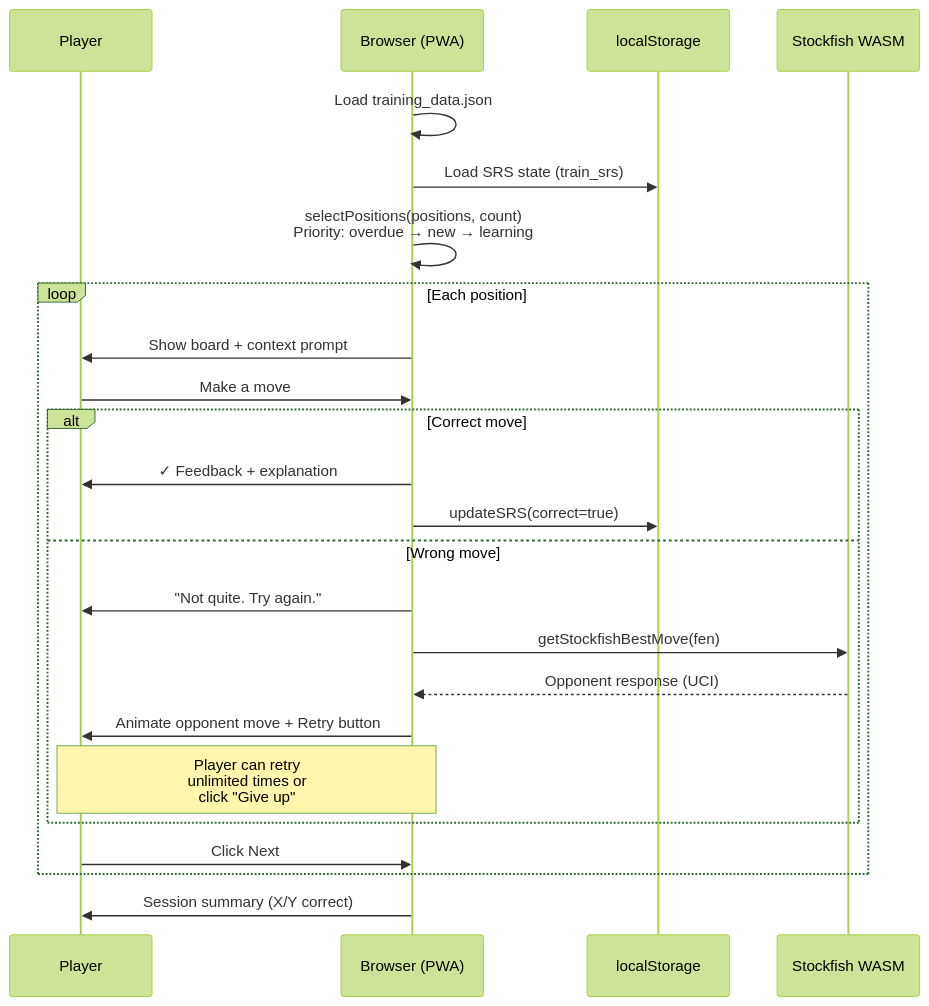
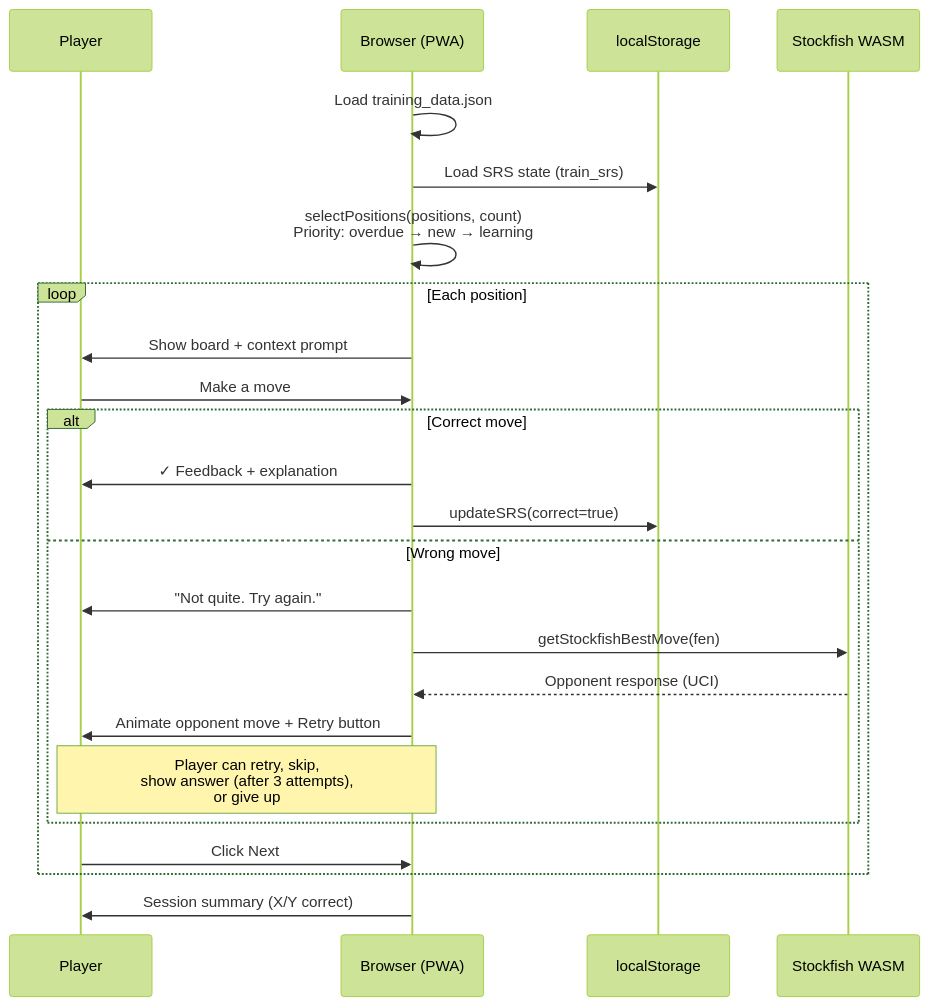
Before and after one commit to Bobain/chess-self-coach: the first of 5 diagrams in docs/flows/user-flows.md, drawn with Mermaid (forest theme). The commit also changed other lines of this file, not shown here.

Commit message:
Update docs: add Skip and Show Answer to training flow

````diff
--- a/docs/flows/user-flows.md
+++ b/docs/flows/user-flows.md
@@ -11,27 +11,27 @@
 ```mermaid
 sequenceDiagram
     participant U as Player
     participant PWA as Browser (PWA)
     participant LS as localStorage
     participant SF as Stockfish WASM
 
     PWA->>PWA: Load training_data.json
     PWA->>LS: Load SRS state (train_srs)
     PWA->>PWA: selectPositions(positions, count)<br/>Priority: overdue → new → learning
     loop Each position
         PWA->>U: Show board + context prompt
         U->>PWA: Make a move
         alt Correct move
             PWA->>U: ✓ Feedback + explanation
             PWA->>LS: updateSRS(correct=true)
         else Wrong move
             PWA->>U: "Not quite. Try again."
             PWA->>SF: getStockfishBestMove(fen)
             SF-->>PWA: Opponent response (UCI)
             PWA->>U: Animate opponent move + Retry button
-            Note over U,PWA: Player can retry<br/>unlimited times or<br/>click "Give up"
+            Note over U,PWA: Player can retry, skip,<br/>show answer (after 3 attempts),<br/>or give up
         end
         U->>PWA: Click Next
     end
     PWA->>U: Session summary (X/Y correct)
 ```
````
